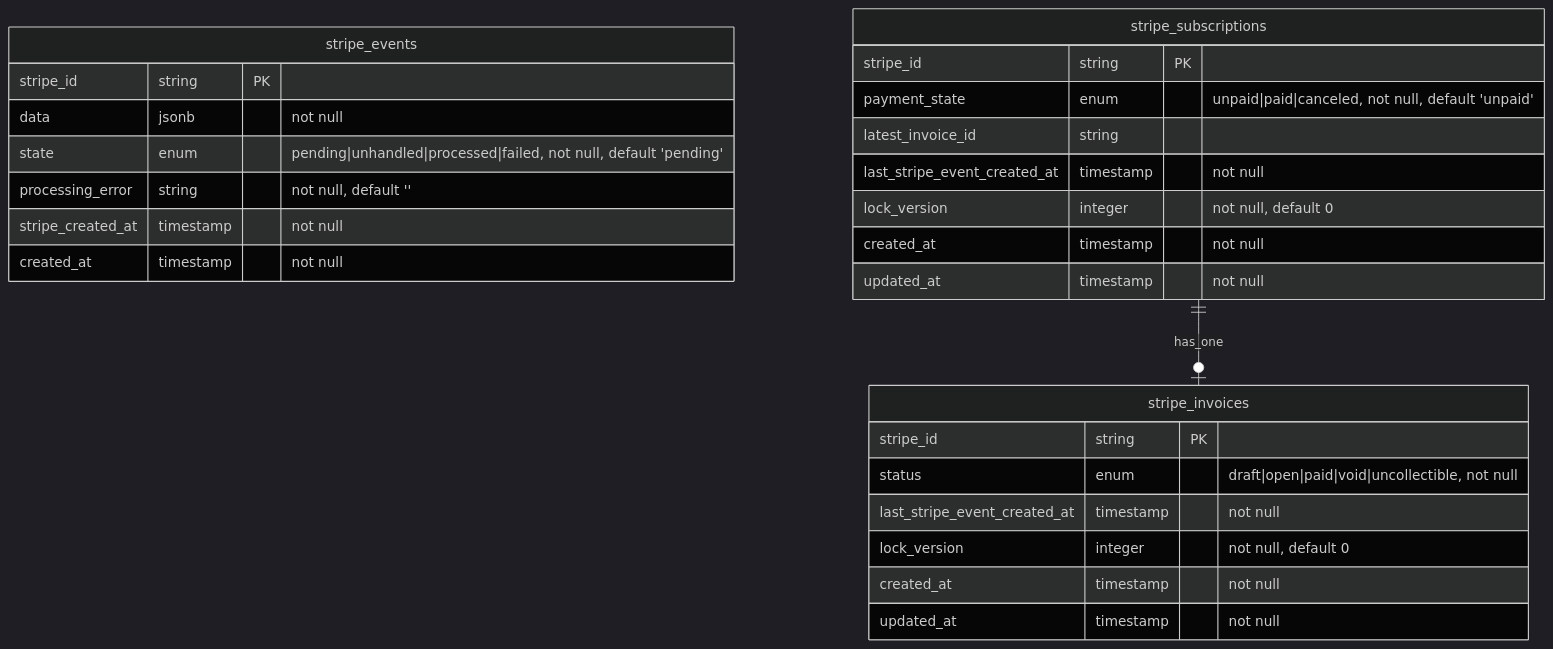
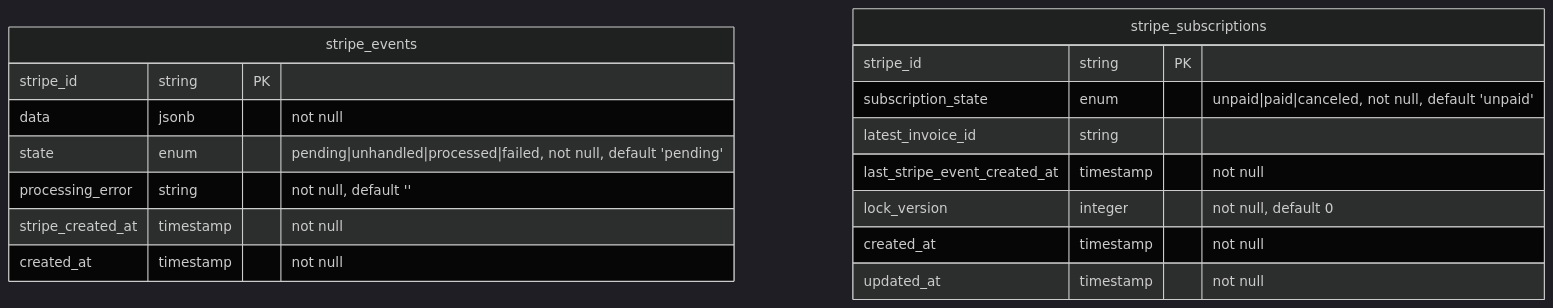
Before and after one commit to arkirchner/StripeSubHub: the diagram in README.md, drawn with Mermaid (dark theme). The commit also changed 11 other files, not shown here.

First line of the commit message:
refactor: Only paid invoices are considered

````diff
--- a/README.md
+++ b/README.md
@@ -19,32 +19,21 @@
 ```mermaid
 erDiagram
     stripe_events {
         stripe_id string PK
         data jsonb "not null"
         state enum "pending|unhandled|processed|failed, not null, default 'pending'"
         processing_error string "not null, default ''"
         stripe_created_at timestamp "not null"
         created_at timestamp "not null"
     }
 
     stripe_subscriptions {
         stripe_id string PK
-        payment_state enum "unpaid|paid|canceled, not null, default 'unpaid'"
+        subscription_state enum "unpaid|paid|canceled, not null, default 'unpaid'"
         latest_invoice_id string
         last_stripe_event_created_at timestamp "not null"
         lock_version integer "not null, default 0"
         created_at timestamp "not null"
         updated_at timestamp "not null"
     }
-
-    stripe_invoices {
-        stripe_id string PK
-        status enum "draft|open|paid|void|uncollectible, not null"
-        last_stripe_event_created_at timestamp "not null"
-        lock_version integer "not null, default 0"
-        created_at timestamp "not null"
-        updated_at timestamp "not null"
-    }
-
-    stripe_subscriptions ||--o| stripe_invoices : has_one
 ```
````
